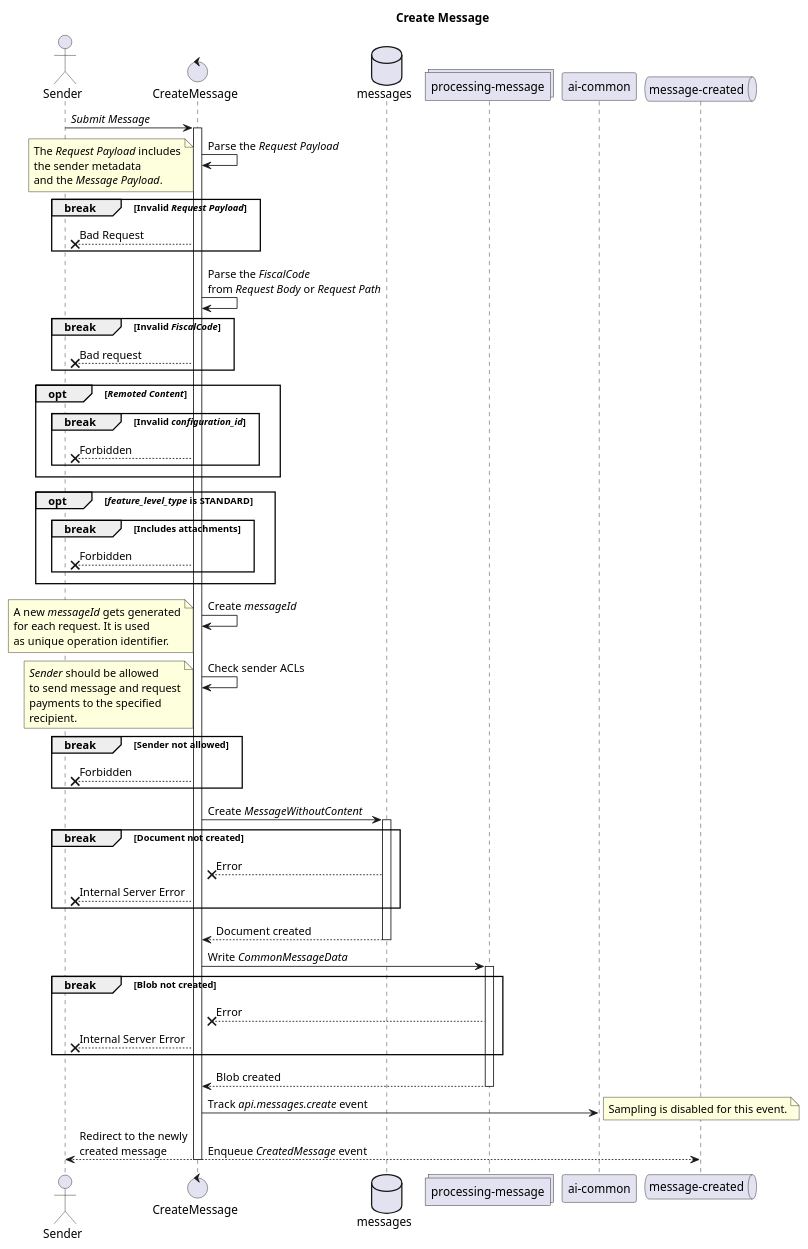
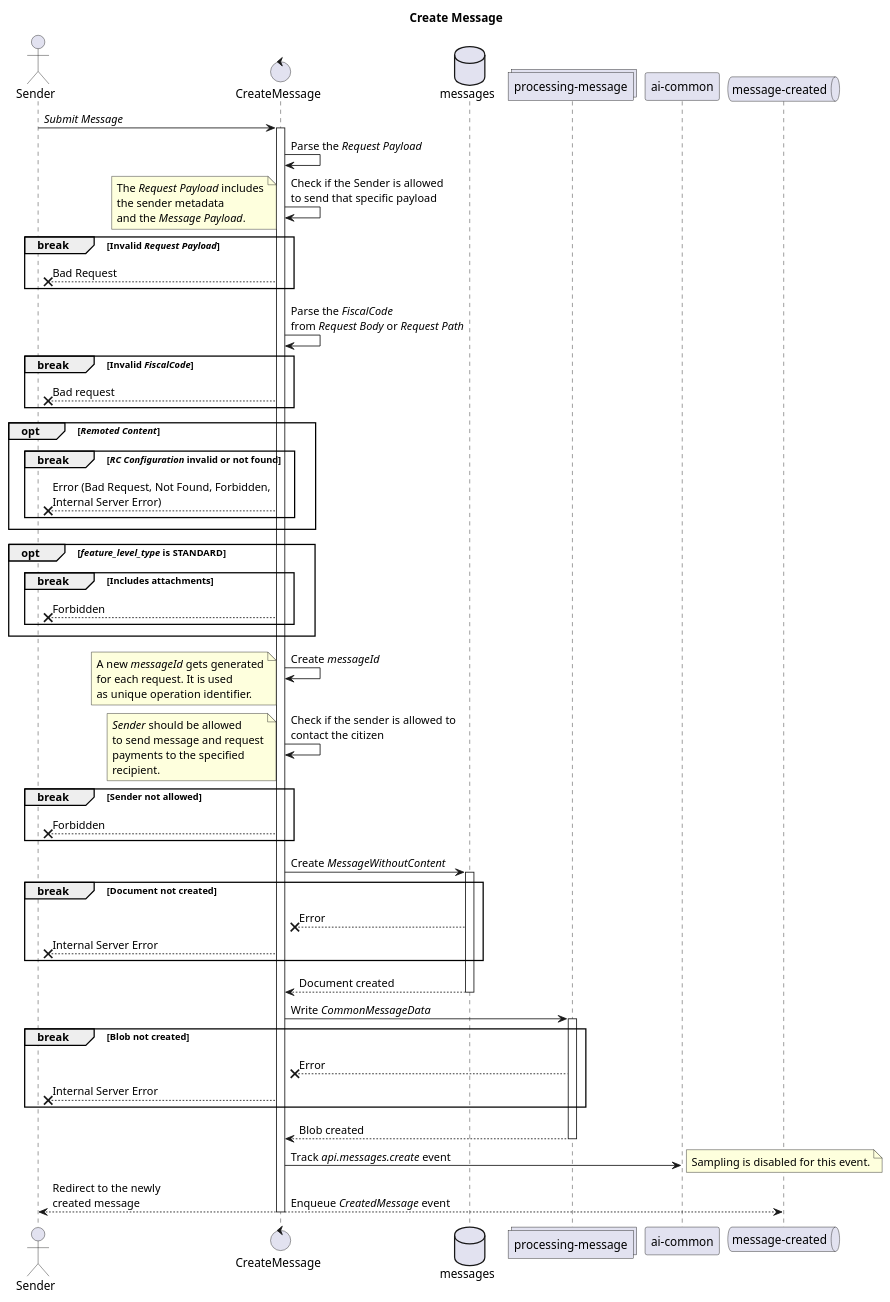
The diagram in docs/CreateMessage/create-message.plantuml (pagopa/io-messages), drawn with PlantUML before and after one commit.

```diff
--- a/docs/CreateMessage/create-message.plantuml
+++ b/docs/CreateMessage/create-message.plantuml
@@ -1,91 +1,93 @@
 @startuml create-message
 !pragma teoz true
 
 title Create Message
 
 actor sender as "Sender"
 control fn as "CreateMessage"
 database db as "messages"
 collections st as "processing-message"
 participant ai as "ai-common"
 queue q as "message-created"
 
 sender -> fn ++: //Submit Message//
 
 fn -> fn: Parse the //Request Payload//
+
+fn -> fn: Check if the Sender is allowed\nto send that specific payload
 
 note left
 The //Request Payload// includes
 the sender metadata
 and the //Message Payload//.
 end note
 
 break Invalid //Request Payload//
   fn --x sender: Bad Request
 end
 
 fn -> fn: Parse the //FiscalCode// \nfrom //Request Body// or //Request Path//
 
 break Invalid //FiscalCode//
   fn --x sender: Bad request
 end
 
 opt //Remoted Content//
-  break Invalid //configuration_id//
-    fn --x sender: Forbidden
+  break //RC Configuration// invalid or not found
+    fn --x sender: Error (Bad Request, Not Found, Forbidden,\nInternal Server Error)
   end
 end
 
 opt //feature_level_type// is STANDARD
   break Includes attachments
     fn --x sender: Forbidden
   end
 end
 
 fn -> fn: Create //messageId//
 
 note left
 A new //messageId// gets generated
 for each request. It is used
 as unique operation identifier.
 end note
 
-fn -> fn: Check sender ACLs
+fn -> fn: Check if the sender is allowed to\ncontact the citizen
 
 note left
 //Sender// should be allowed
 to send message and request
 payments to the specified
 recipient.
 end note
 
 break Sender not allowed
   fn --x sender: Forbidden
 end
 
 fn -> db ++: Create //MessageWithoutContent//
 
 break Document not created
   db --x fn: Error
   fn --x sender: Internal Server Error
 end
 
 db --> fn --: Document created
 
 fn -> st ++: Write //CommonMessageData//
 
 break Blob not created
   st --x fn: Error
   fn --x sender: Internal Server Error
 end
 
 st --> fn --: Blob created
 
 fn -> ai: Track //api.messages.create// event
 
 note right: Sampling is disabled for this event.
 
 fn --> sender: Redirect to the newly\ncreated message
 & fn --> q --: Enqueue //CreatedMessage// event
 
 @enduml
```
